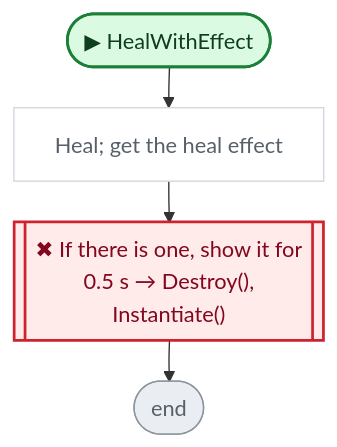
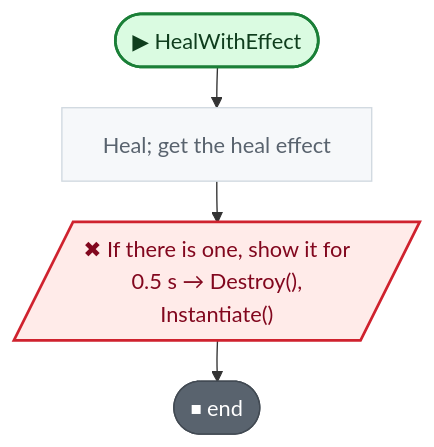
One commit to nataiai/Lord-of-the-Dungeon changed the fifth of 5 diagrams in CodeGraph~/graph/Character.cs.md. Above: the diagram before and after it, drawn with Mermaid. The commit also changed other lines of this file and 57 other files, not shown here.

````diff
--- a/CodeGraph~/graph/Character.cs.md
+++ b/CodeGraph~/graph/Character.cs.md
@@ -256,35 +258,35 @@
 ```mermaid
 ---
 config:
   flowchart:
     wrappingWidth: 260
     nodeSpacing: 26
     rankSpacing: 30
 ---
 flowchart TD
   nS(["▶ HealWithEffect"])
   n5172e2["Heal; get the heal effect"]
-  n42f111[["✖ If there is one, show it for<br>0.5 s → Destroy(),<br>Instantiate()"]]
-  nE(["end"])
+  n42f111[/"✖ If there is one, show it for<br>0.5 s → Destroy(),<br>Instantiate()"/]
+  nE(["⏹ end"])
   nS --> n5172e2
   n5172e2 --> n42f111
   n42f111 --> nE
   classDef unity fill:#dafbe1,stroke:#1a7f37,stroke-width:2px,color:#0f3d1d
   classDef start fill:#dafbe1,stroke:#1a7f37,stroke-width:2px,color:#0f3d1d
-  classDef calc fill:#ffffff,stroke:#d0d7de,color:#57606a
+  classDef calc fill:#f6f8fa,stroke:#d1d9e0,color:#59636e
   classDef calls fill:#ddf4ff,stroke:#0969da,stroke-width:2px,color:#0a3069
-  classDef ext fill:#ddf4ff,stroke:#0969da,stroke-width:2px,stroke-dasharray:5 3,color:#0a3069
-  classDef cond fill:#fff8c5,stroke:#bf8700,stroke-width:1.5px,color:#3d2a00
-  classDef loop fill:#f6f8fa,stroke:#57606a,color:#1f2328
-  classDef exit fill:#ffebe9,stroke:#cf222e,color:#82071e
+  classDef ext fill:#f6f8fa,stroke:#59636e,stroke-width:1.5px,stroke-dasharray:5 5,color:#1f2328
+  classDef cond fill:#fff8c5,stroke:#9a6700,stroke-width:1.5px,color:#3d2a00
+  classDef loop fill:#fff8c5,stroke:#9a6700,color:#3d2a00
+  classDef wait fill:#fff8c5,stroke:#9a6700,color:#3d2a00
+  classDef exit fill:#59636e,stroke:#424a53,color:#ffffff
+  classDef fin fill:#59636e,stroke:#424a53,color:#ffffff
+  classDef act fill:#ffffff,stroke:#59636e,stroke-width:1.5px,color:#1f2328
   classDef kill fill:#ffebe9,stroke:#cf222e,stroke-width:2px,color:#82071e
-  classDef spawn fill:#dafbe1,stroke:#1a7f37,stroke-width:2px,color:#0f3d1d
-  classDef wait fill:#fff1e5,stroke:#bc4c00,color:#4d1d00
-  classDef fin fill:#eaeef2,stroke:#8c959f,color:#57606a
   classDef join fill:#d0d7de,stroke:#8c959f,color:#57606a
   classDef ghdr fill:#f5f9ff,stroke:#f5f9ff,color:#0a3069,font-weight:bold
   class n5172e2 calc
   class nE fin
   class n42f111 kill
   class nS start
 ```
````
